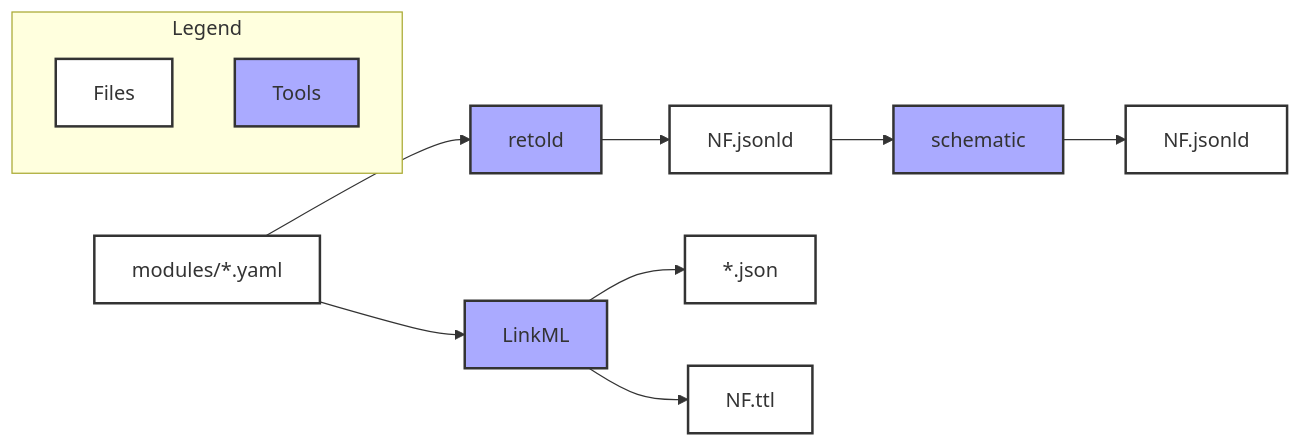
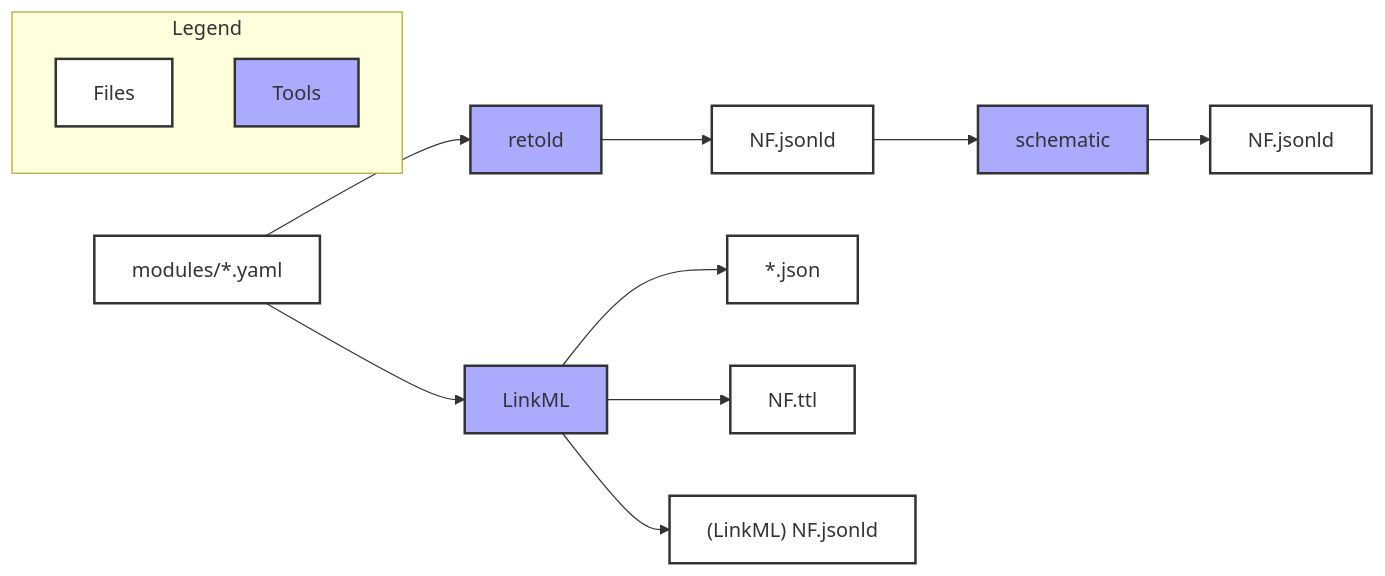
Before and after one commit to nf-osi/nf-metadata-dictionary: the diagram in README.md, drawn with Mermaid. The commit also changed other lines of this file and 4 other files, not shown here.

````diff
--- a/README.md
+++ b/README.md
@@ -25,29 +25,31 @@
 ```mermaid
 graph LR
     A[modules/*.yaml] --> B[retold]
     B --> C[NF.jsonld]
     C --> D[schematic]
     D --> E[NF.jsonld]
     A --> L[LinkML]
     L --> J[*.json]
     L --> T[NF.ttl]
+    L --> LJ["(LinkML) NF.jsonld"]
 
 class B,D tools
     
     %% Legend
     subgraph Legend
         G[Files]
         H[Tools]
     end
 
 style A fill:white,stroke:#333,stroke-width:2px;
 style C fill:white,stroke:#333,stroke-width:2px;
 style E fill:white,stroke:#333,stroke-width:2px;
 style G fill:white,stroke:#333,stroke-width:2px;
 style J fill:white,stroke:#333,stroke-width:2px;
 style T fill:white,stroke:#333,stroke-width:2px;
+style LJ fill:white,stroke:#333,stroke-width:2px;
 style B fill:#aaf,stroke:#333,stroke-width:2px
 style D fill:#aaf,stroke:#333,stroke-width:2px
 style H fill:#aaf,stroke:#333,stroke-width:2px
 style L fill:#aaf,stroke:#333,stroke-width:2px
 ```
````
